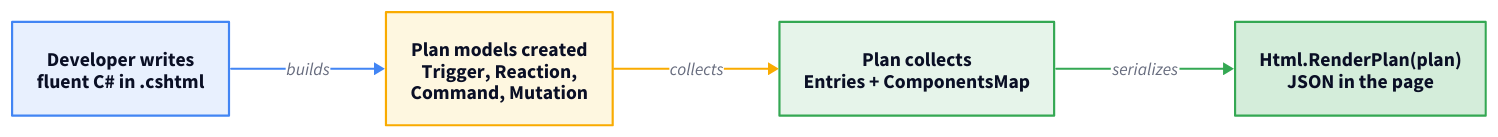
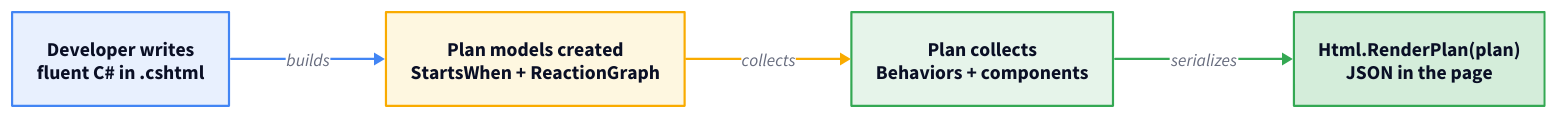
One commit to marafiq/alis-reactive changed the diagram in docs-site/src/content/docs/architecture/fluent-builders.mdx. Above: the diagram before and after it, drawn with D2. The commit also changed other lines of this file and 3 other files, not shown here.

Commit message:
docs: align builder architecture vocabulary

````diff
--- a/docs-site/src/content/docs/architecture/fluent-builders.mdx
+++ b/docs-site/src/content/docs/architecture/fluent-builders.mdx
@@ -10,38 +10,38 @@
 ```d2
 direction: right
 
 call: "Developer writes\nfluent C# in .cshtml" {
   shape: rectangle
   style.fill: "#e8f0fe"
   style.stroke: "#4285f4"
   style.font-size: 18
 }
-descriptor: "Plan models created\nTrigger, Reaction,\nCommand, Mutation" {
+descriptor: "Plan models created\nStartsWhen + ReactionGraph" {
   shape: rectangle
   style.fill: "#fef7e0"
   style.stroke: "#f9ab00"
   style.font-size: 18
 }
-plan: "Plan collects\nEntries + ComponentsMap" {
+plan: "Plan collects\nBehaviors + components" {
   shape: rectangle
   style.fill: "#e6f4ea"
   style.stroke: "#34a853"
   style.font-size: 18
 }
 json: "Html.RenderPlan(plan)\nJSON in the page" {
   shape: rectangle
   style.fill: "#d4edda"
   style.stroke: "#34a853"
   style.font-size: 18
 }
 
 call -> descriptor: builds {
   style.stroke: "#4285f4"
 }
 descriptor -> plan: collects {
   style.stroke: "#f9ab00"
 }
 plan -> json: serializes {
   style.stroke: "#34a853"
 }
 ```
````
